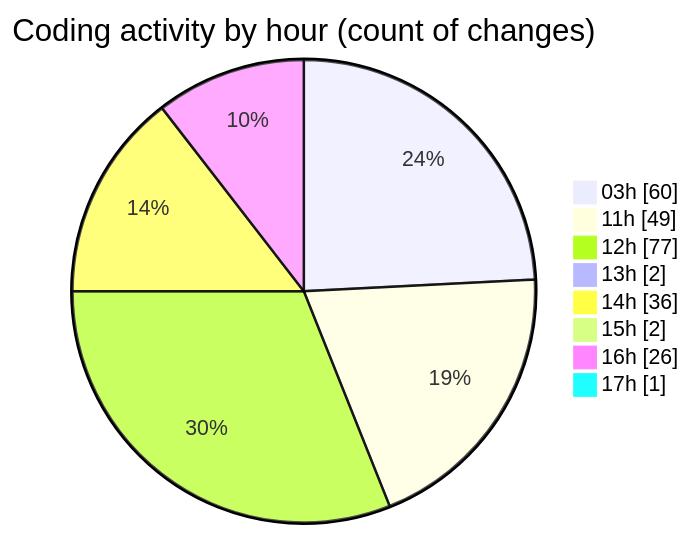
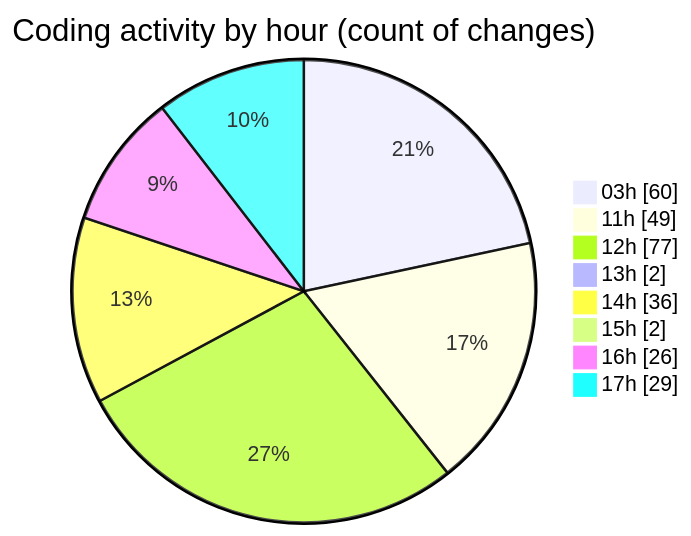
Before and after one commit to Ritupan-Deka/code-tracking: the second of 2 diagrams in 2025-07-02/mern-thinkboard/README.md, drawn with Mermaid. The commit also changed other lines of this file and 1 other file, not shown here.

````diff
--- a/2025-07-02/mern-thinkboard/README.md
+++ b/2025-07-02/mern-thinkboard/README.md
@@ -39,12 +39,12 @@
 ```mermaid
 pie showData
 title Coding activity by hour (count of changes)
 "03h" : 60
 "11h" : 49
 "12h" : 77
 "13h" : 2
 "14h" : 36
 "15h" : 2
 "16h" : 26
-"17h" : 1
+"17h" : 29
 ```
````
